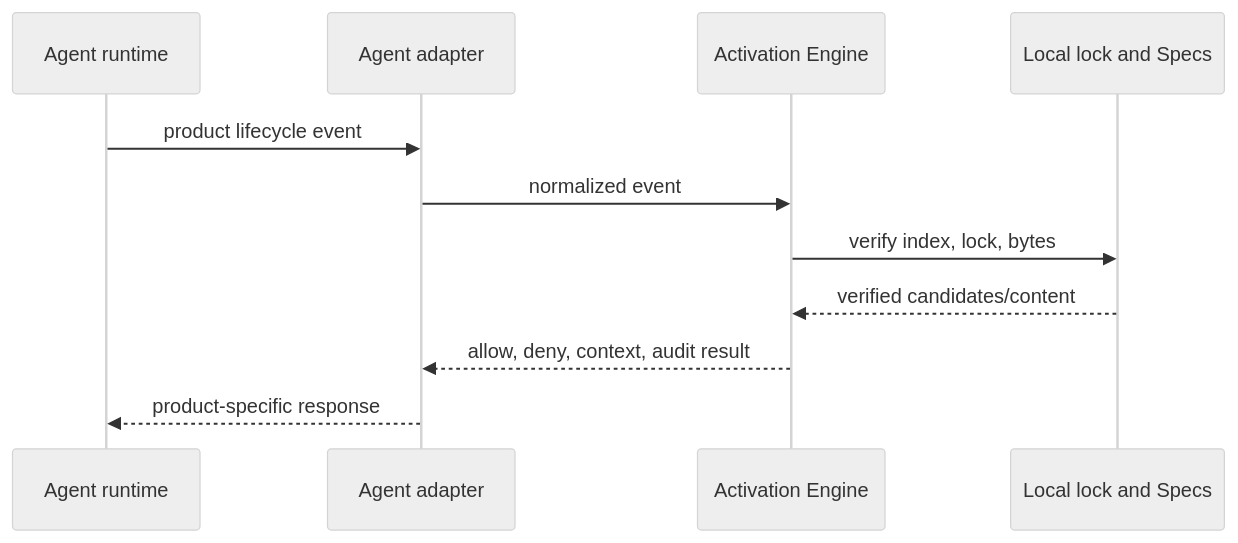
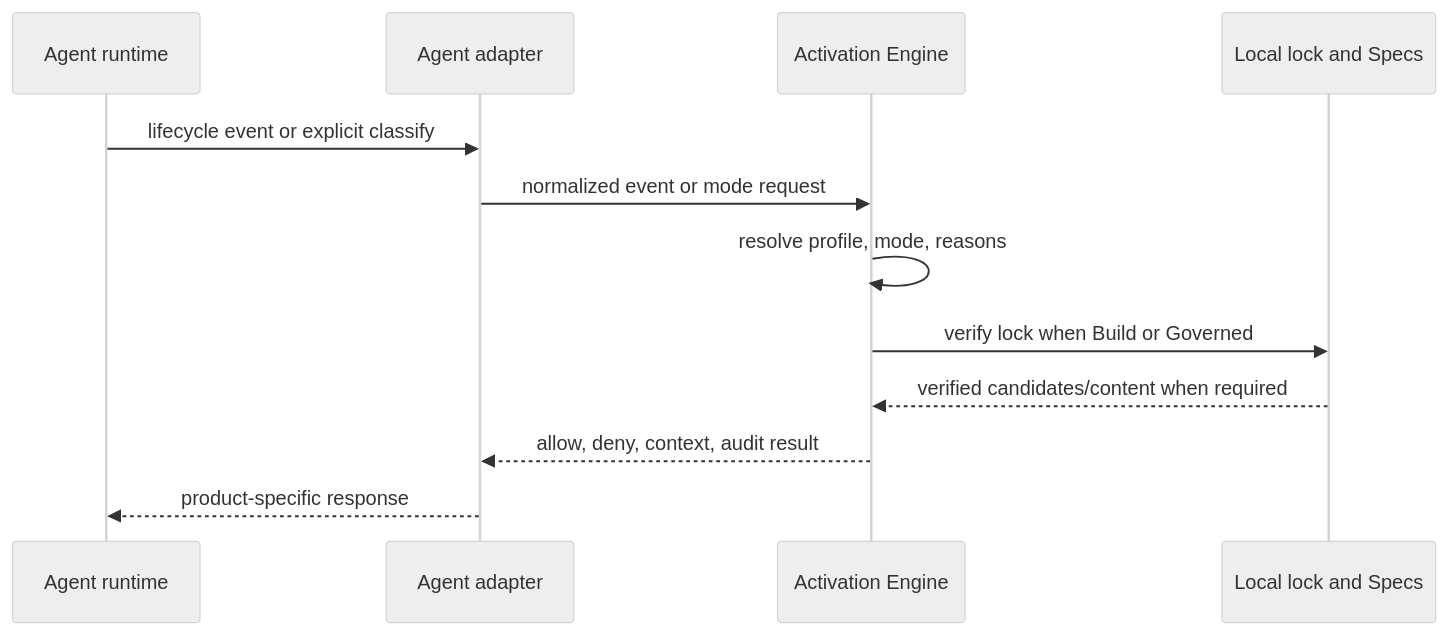
The second of 2 diagrams in docs/design-docs/agent-neutral-harness-adapters.md (XiaoWeiKIN/RepoFoundryAI), drawn with Mermaid (neutral theme) before and after one commit. The commit also changed other lines of this file and 57 other files, not shown here.

````diff
--- a/docs/design-docs/agent-neutral-harness-adapters.md
+++ b/docs/design-docs/agent-neutral-harness-adapters.md
@@ -262,14 +274,15 @@
 ```mermaid
 sequenceDiagram
     participant R as Agent runtime
     participant D as Agent adapter
     participant E as Activation Engine
     participant L as Local lock and Specs
 
-    R->>D: product lifecycle event
-    D->>E: normalized event
-    E->>L: verify index, lock, bytes
-    L-->>E: verified candidates/content
+    R->>D: lifecycle event or explicit classify
+    D->>E: normalized event or mode request
+    E->>E: resolve profile, mode, reasons
+    E->>L: verify lock when Build or Governed
+    L-->>E: verified candidates/content when required
     E-->>D: allow, deny, context, audit result
     D-->>R: product-specific response
 ```
````
